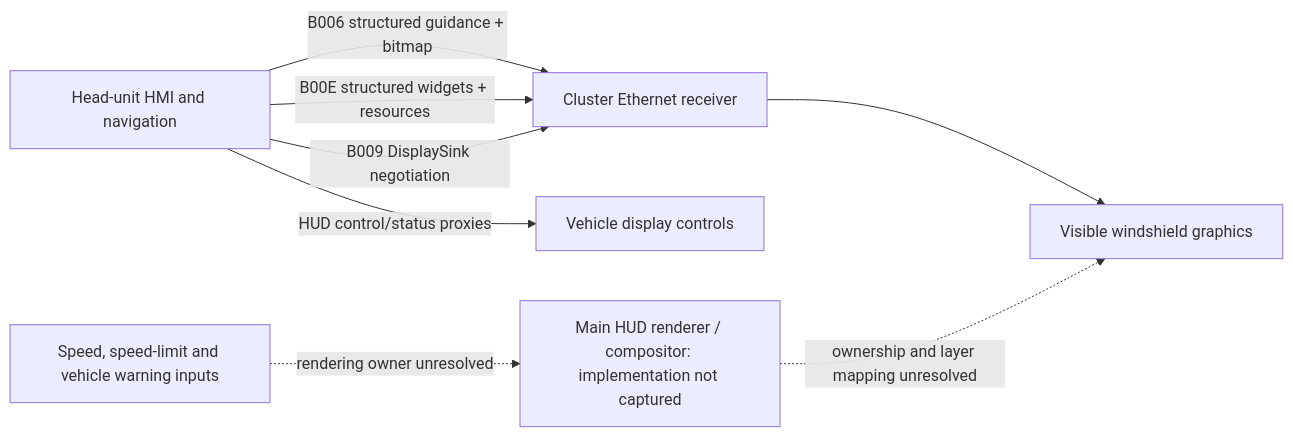
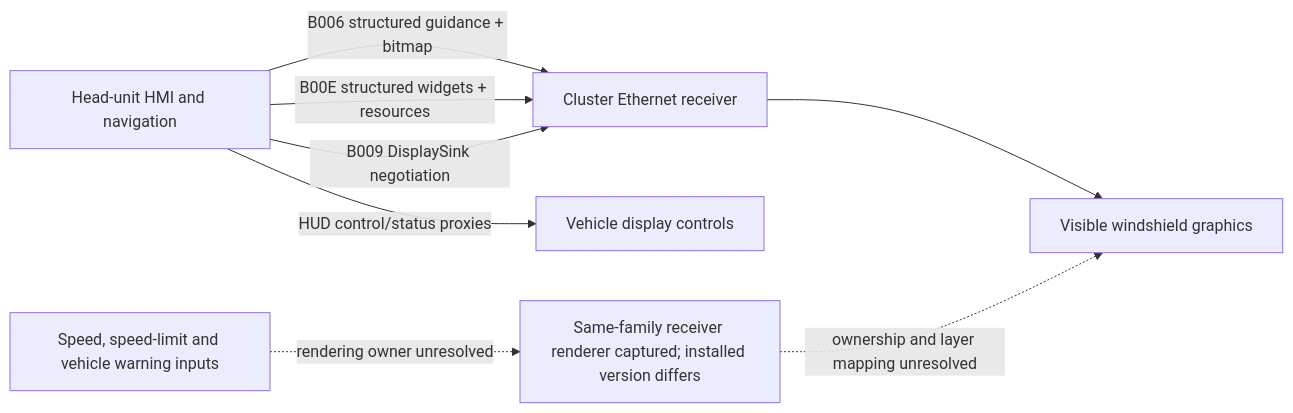
The diagram in docs/HUD-CAPABILITY-MAP.md (bryanmishkin/supra-native-hud), drawn with Mermaid before and after one commit. The commit also changed other lines of this file and 4 other files, not shown here.

Commit message:
Trace Supra receiver sink gates and verify PiP scene ownership offline

````diff
--- a/docs/HUD-CAPABILITY-MAP.md
+++ b/docs/HUD-CAPABILITY-MAP.md
@@ -11,10 +11,10 @@
 ```mermaid
 flowchart LR
   HU[Head-unit HMI and navigation] -->|B006 structured guidance + bitmap| CL[Cluster Ethernet receiver]
   HU -->|B00E structured widgets + resources| CL
   HU -->|B009 DisplaySink negotiation| CL
   HU -->|HUD control/status proxies| CTRL[Vehicle display controls]
   CL --> W[Visible windshield graphics]
-  ROOT[Main HUD renderer / compositor: implementation not captured] -. ownership and layer mapping unresolved .-> W
+  ROOT[Same-family receiver renderer captured; installed version differs] -. ownership and layer mapping unresolved .-> W
   VEH[Speed, speed-limit and vehicle warning inputs] -. rendering owner unresolved .-> ROOT
 ```
````
